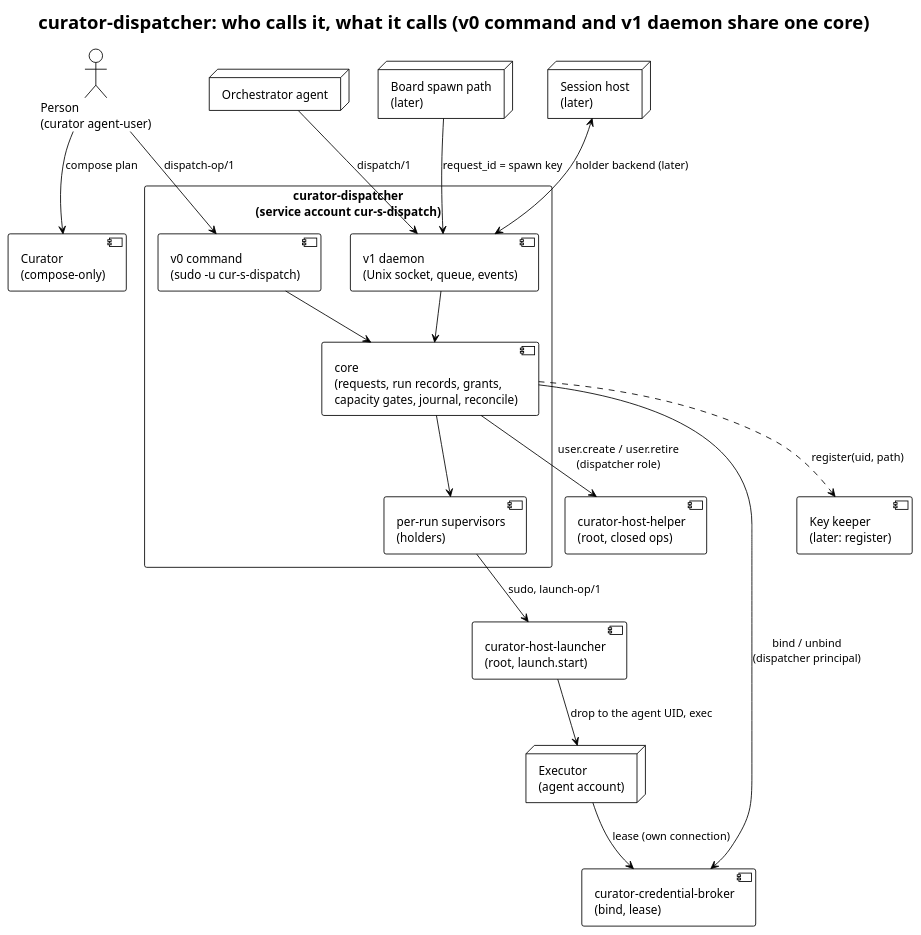
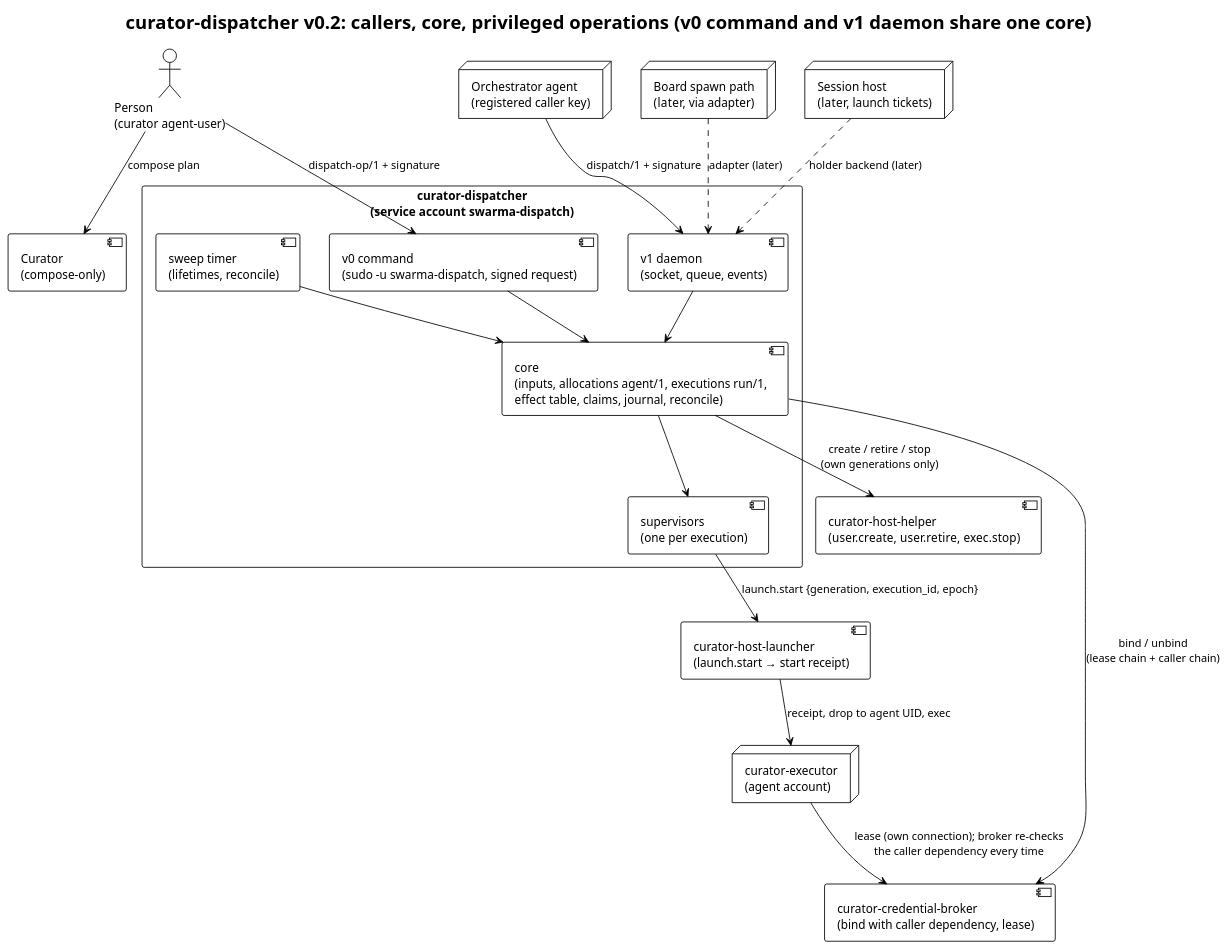
One commit to relux-works/curator-dispatcher changed the diagram in diagrams/components.puml. Above: the diagram before and after it, drawn with PlantUML. The commit also changed 5 other files, not shown here.

First line of the commit message:
Revise the dispatcher after the architecture review (v0.2)

```diff
--- a/diagrams/components.puml
+++ b/diagrams/components.puml
@@ -1,36 +1,36 @@
 @startuml components
 !theme plain
-title curator-dispatcher: who calls it, what it calls (v0 command and v1 daemon share one core)
+title curator-dispatcher v0.2: callers, core, privileged operations (v0 command and v1 daemon share one core)
 
 actor "Person\n(curator agent-user)" as P
-node "Orchestrator agent" as O
-node "Board spawn path\n(later)" as B
-node "Session host\n(later)" as SH
-rectangle "curator-dispatcher\n(service account cur-s-dispatch)" as D {
-  component "core\n(requests, run records, grants,\ncapacity gates, journal, reconcile)" as CORE
-  component "v0 command\n(sudo -u cur-s-dispatch)" as CMD
-  component "v1 daemon\n(Unix socket, queue, events)" as DMN
-  component "per-run supervisors\n(holders)" as SUP
+node "Orchestrator agent\n(registered caller key)" as O
+node "Board spawn path\n(later, via adapter)" as B
+node "Session host\n(later, launch tickets)" as SH
+rectangle "curator-dispatcher\n(service account swarma-dispatch)" as D {
+  component "core\n(inputs, allocations agent/1, executions run/1,\neffect table, claims, journal, reconcile)" as CORE
+  component "v0 command\n(sudo -u swarma-dispatch, signed request)" as CMD
+  component "v1 daemon\n(socket, queue, events)" as DMN
+  component "supervisors\n(one per execution)" as SUP
+  component "sweep timer\n(lifetimes, reconcile)" as SW
 }
 component "Curator\n(compose-only)" as CUR
-component "curator-host-helper\n(root, closed ops)" as H
-component "curator-host-launcher\n(root, launch.start)" as L
-component "curator-credential-broker\n(bind, lease)" as BR
-component "Key keeper\n(later: register)" as K
-node "Executor\n(agent account)" as E
+component "curator-host-helper\n(user.create, user.retire, exec.stop)" as H
+component "curator-host-launcher\n(launch.start → start receipt)" as L
+component "curator-credential-broker\n(bind with caller dependency, lease)" as BR
+node "curator-executor\n(agent account)" as E
 
 P --> CUR : compose plan
-P --> CMD : dispatch-op/1
-O --> DMN : dispatch/1
-B --> DMN : request_id = spawn key
-SH <--> DMN : holder backend (later)
+P --> CMD : dispatch-op/1 + signature
+O --> DMN : dispatch/1 + signature
+B ..> DMN : adapter (later)
+SH ..> DMN : holder backend (later)
 CMD --> CORE
 DMN --> CORE
-CORE --> H : user.create / user.retire\n(dispatcher role)
-CORE --> BR : bind / unbind\n(dispatcher principal)
-CORE ..> K : register(uid, path)
+SW --> CORE
+CORE --> H : create / retire / stop\n(own generations only)
+CORE --> BR : bind / unbind\n(lease chain + caller chain)
 CORE --> SUP
-SUP --> L : sudo, launch-op/1
-L --> E : drop to the agent UID, exec
-E --> BR : lease (own connection)
+SUP --> L : launch.start {generation, execution_id, epoch}
+L --> E : receipt, drop to agent UID, exec
+E --> BR : lease (own connection); broker re-checks\nthe caller dependency every time
 @enduml
```
